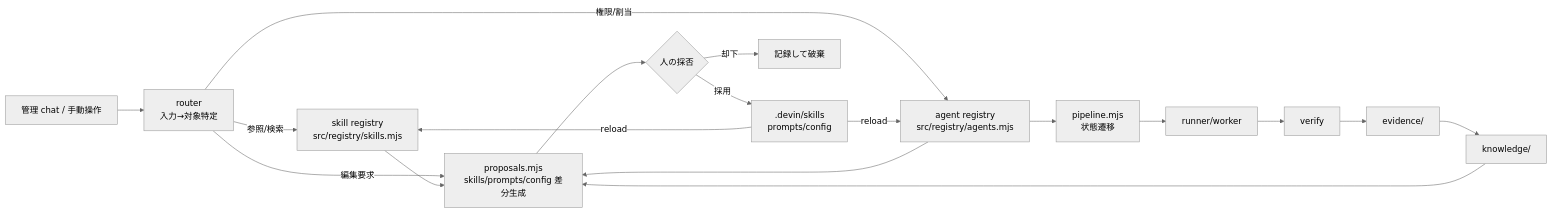
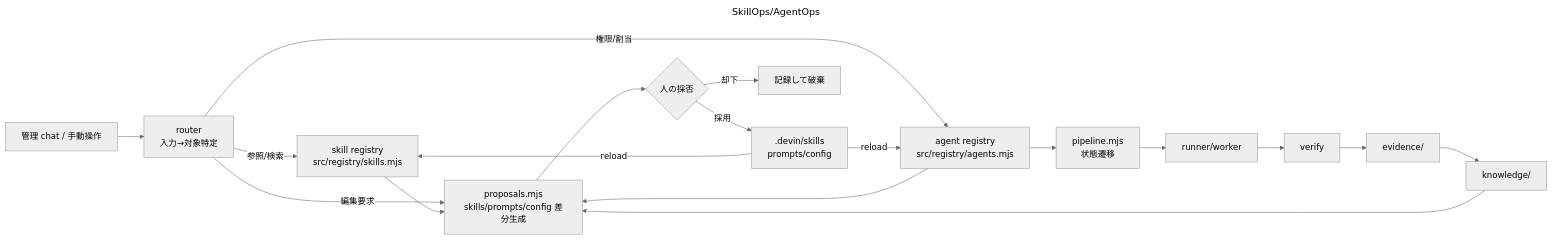
One commit to yamamoto-ryuzo/kasugai_agent changed the eighth of 10 diagrams in README.md. Above: the diagram before and after it, drawn with Mermaid (neutral theme). The commit also changed other lines of this file and 58 other files, not shown here.

First line of the commit message:
パネル機能拡充（i18n・マニュアル配信・git操作・マルチリポジトリ）と src 責務分割、mermaid 図の正本を diagrams/*.mmd に集約

````diff
--- a/README.md
+++ b/README.md
@@ -313,27 +648,30 @@
 ```mermaid
+---
+title: SkillOps/AgentOps
+---
 flowchart LR
     U[管理 chat / 手動操作] --> RT[router<br/>入力→対象特定]
     SR[skill registry<br/>src/registry/skills.mjs]
     AR[agent registry<br/>src/registry/agents.mjs]
     PR[proposals.mjs<br/>skills/prompts/config 差分生成]
     HG{人の採否}
     CONF[.devin/skills<br/>prompts/config]
     PIPE[pipeline.mjs<br/>状態遷移]
     RUN[runner/worker]
     VER[verify]
     EV[evidence/]
     KN[knowledge/]
     RT -->|参照/検索| SR
     RT -->|権限/割当| AR
     RT -->|編集要求| PR
     SR --> PR
     AR --> PR
     PR --> HG
     HG -->|採用| CONF
     HG -->|却下| DROP[記録して破棄]
     CONF -->|reload| SR
     CONF -->|reload| AR
     AR --> PIPE
     PIPE --> RUN --> VER
     VER --> EV --> KN --> PR
 ```
````
